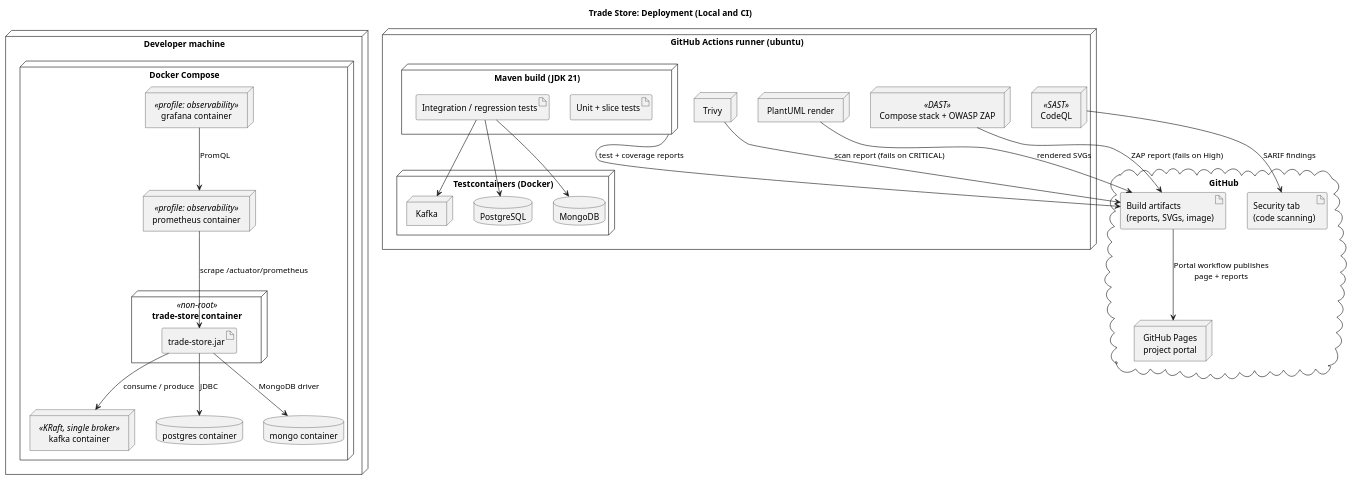
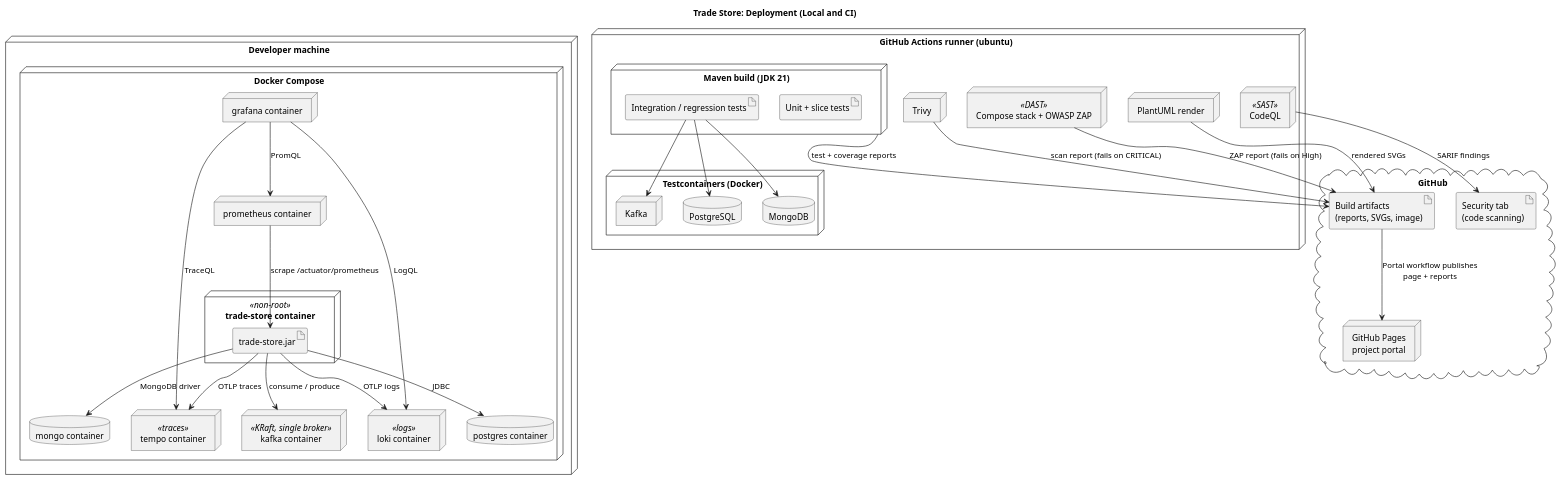
One commit to kuldipkumar/Trade-store changed the diagram in docs/diagrams/03-deployment.puml. Above: the diagram before and after it, drawn with PlantUML. The commit also changed 13 other files, not shown here.

First line of the commit message:
feat: A-46 portal shows one trade's trace and its logs from CI; ADR-012; docs, ER and deployment diagrams

```diff
--- a/docs/diagrams/03-deployment.puml
+++ b/docs/diagrams/03-deployment.puml
@@ -1,55 +1,61 @@
 @startuml 03-deployment
 title Trade Store: Deployment (Local and CI)
 
 node "Developer machine" as dev {
   node "Docker Compose" as compose {
     node "trade-store container" as appc <<non-root>> {
       artifact "trade-store.jar" as jar
     }
     node "kafka container" as kafkac <<KRaft, single broker>>
     database "postgres container" as pgc
     database "mongo container" as mongoc
-    node "prometheus container" as promc <<profile: observability>>
-    node "grafana container" as grafc <<profile: observability>>
+    node "prometheus container" as promc
+    node "tempo container" as tempoc <<traces>>
+    node "loki container" as lokic <<logs>>
+    node "grafana container" as grafc
   }
 }
 
 node "GitHub Actions runner (ubuntu)" as ci {
   node "Maven build (JDK 21)" as mvn {
     artifact "Unit + slice tests" as unit
     artifact "Integration / regression tests" as it
   }
   node "Testcontainers (Docker)" as tc {
     node "Kafka" as tck
     database "PostgreSQL" as tcp
     database "MongoDB" as tcm
   }
   node "Trivy" as trivy
   node "PlantUML render" as puml
   node "Compose stack + OWASP ZAP" as zap <<DAST>>
   node "CodeQL" as codeql <<SAST>>
 }
 
 cloud "GitHub" as gh {
   artifact "Build artifacts\n(reports, SVGs, image)" as artifacts
   artifact "Security tab\n(code scanning)" as sectab
   node "GitHub Pages\nproject portal" as pages
 }
 
 jar --> kafkac : consume / produce
 jar --> pgc : JDBC
 jar --> mongoc : MongoDB driver
 
 it --> tck
 it --> tcp
 it --> tcm
 mvn --> artifacts : test + coverage reports
 trivy --> artifacts : scan report (fails on CRITICAL)
 puml --> artifacts : rendered SVGs
 zap --> artifacts : ZAP report (fails on High)
 codeql --> sectab : SARIF findings
 artifacts --> pages : Portal workflow publishes\npage + reports
 promc --> jar : scrape /actuator/prometheus
 grafc --> promc : PromQL
+jar --> tempoc : OTLP traces
+jar --> lokic : OTLP logs
+grafc --> tempoc : TraceQL
+grafc --> lokic : LogQL
 
 @enduml
```
